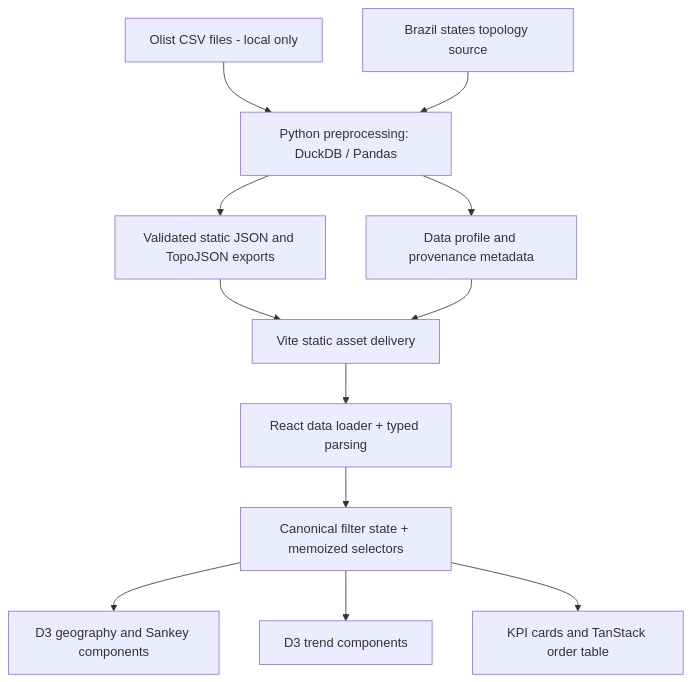
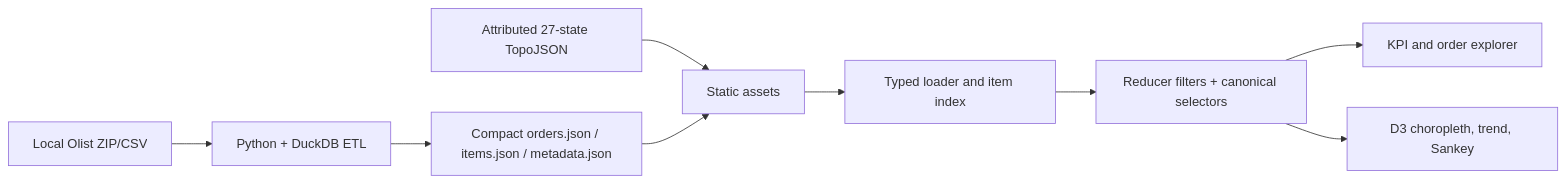
Before and after one commit to ptanzy/commerce_dashboard: the diagram in docs/ARCHITECTURE.md, drawn with Mermaid. The commit also changed other lines of this file and 9 other files, not shown here.

Commit message:
docs: finalize architecture, data contracts, and AI work units

````diff
--- a/docs/ARCHITECTURE.md
+++ b/docs/ARCHITECTURE.md
@@ -7,14 +7,11 @@
 ```mermaid
-flowchart TD
-  A[Olist CSV files - local only] --> B[Python preprocessing: DuckDB / Pandas]
-  C[Brazil states topology source] --> B
-  B --> D[Validated static JSON and TopoJSON exports]
-  B --> E[Data profile and provenance metadata]
-  D --> F[Vite static asset delivery]
-  E --> F
-  F --> G[React data loader + typed parsing]
-  G --> H[Canonical filter state + memoized selectors]
-  H --> I[D3 geography and Sankey components]
-  H --> J[D3 trend components]
-  H --> K[KPI cards and TanStack order table]
+flowchart LR
+ A[Local Olist ZIP/CSV] --> B[Python + DuckDB ETL]
+ B --> C[Compact orders.json / items.json / metadata.json]
+ T[Attributed 27-state TopoJSON] --> D[Static assets]
+ C --> D
+ D --> E[Typed loader and item index]
+ E --> F[Reducer filters + canonical selectors]
+ F --> G[KPI and order explorer]
+ F --> H[D3 choropleth, trend, Sankey]
 ```
````
